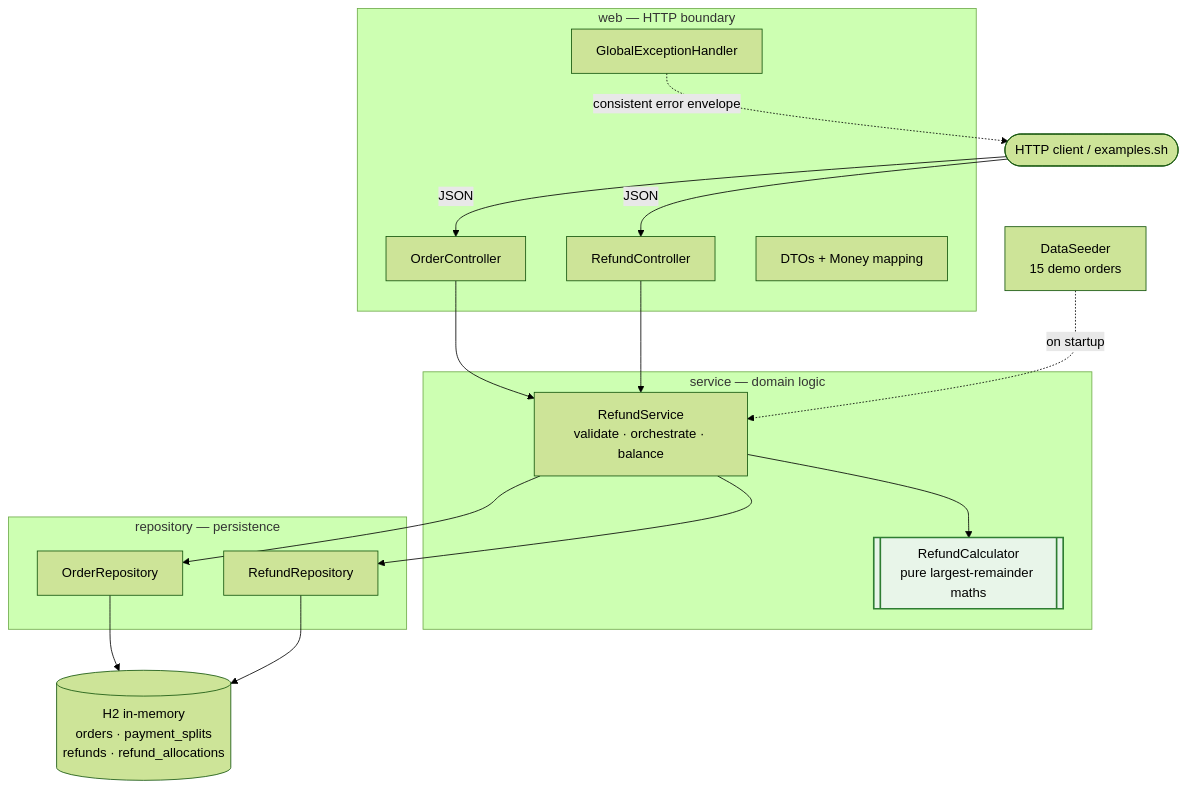
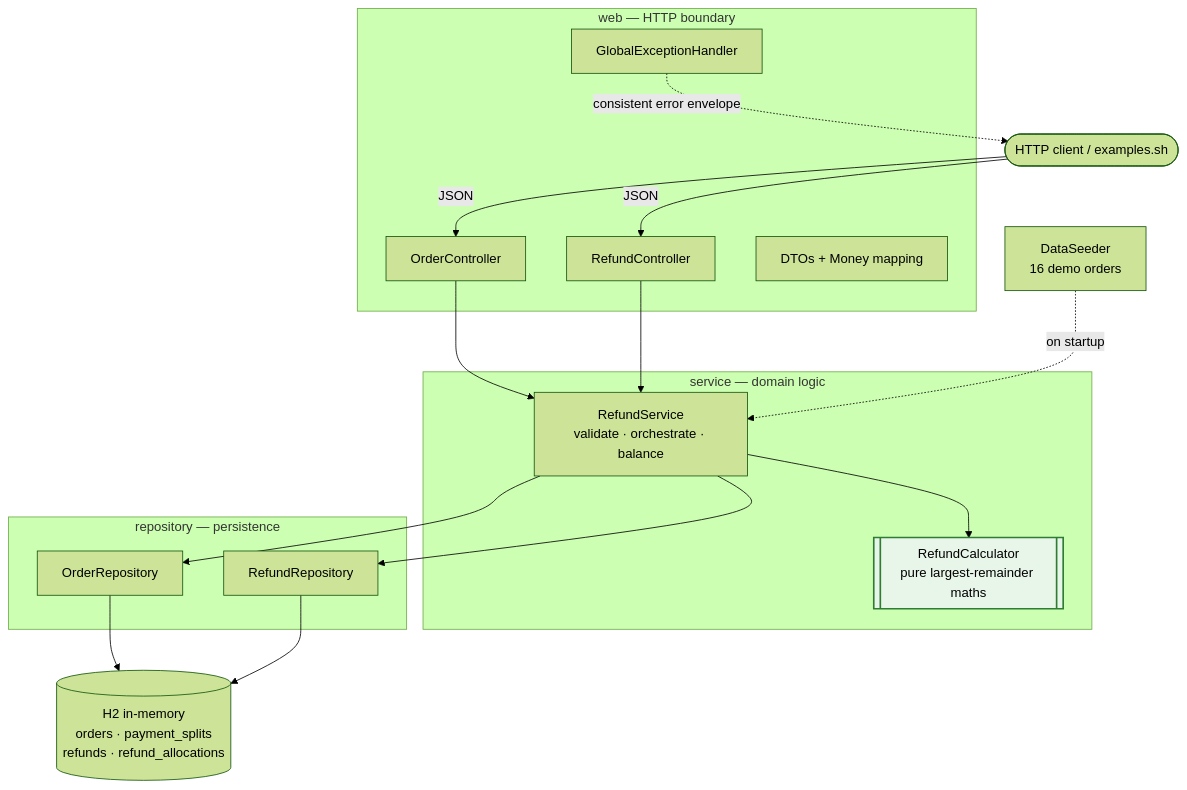
The first of 2 diagrams in README.md (Sushank34/smart-partial-refund-engine), drawn with Mermaid (forest theme) before and after one commit. The commit also changed other lines of this file and 2 other files, not shown here.

````diff
--- a/README.md
+++ b/README.md
@@ -202,37 +202,37 @@
 ```mermaid
 flowchart TD
     Client([HTTP client / examples.sh])
 
     subgraph web["web — HTTP boundary"]
         OC[OrderController]
         RC[RefundController]
         GEH[GlobalExceptionHandler]
         DTO[DTOs + Money mapping]
     end
 
     subgraph service["service — domain logic"]
         RS[RefundService<br/>validate · orchestrate · balance]
         CALC[["RefundCalculator<br/>pure largest-remainder maths"]]
     end
 
     subgraph repo["repository — persistence"]
         OR[OrderRepository]
         RR[RefundRepository]
     end
 
     DB[("H2 in-memory<br/>orders · payment_splits<br/>refunds · refund_allocations")]
-    SEED[DataSeeder<br/>15 demo orders]
+    SEED[DataSeeder<br/>16 demo orders]
 
     Client -->|JSON| OC & RC
     OC --> RS
     RC --> RS
     RS --> CALC
     RS --> OR & RR
     OR --> DB
     RR --> DB
     SEED -.->|on startup| RS
     GEH -.->|consistent error envelope| Client
 
     classDef pure fill:#e8f5e9,stroke:#2e7d32,stroke-width:2px;
     class CALC pure
 ```
````
